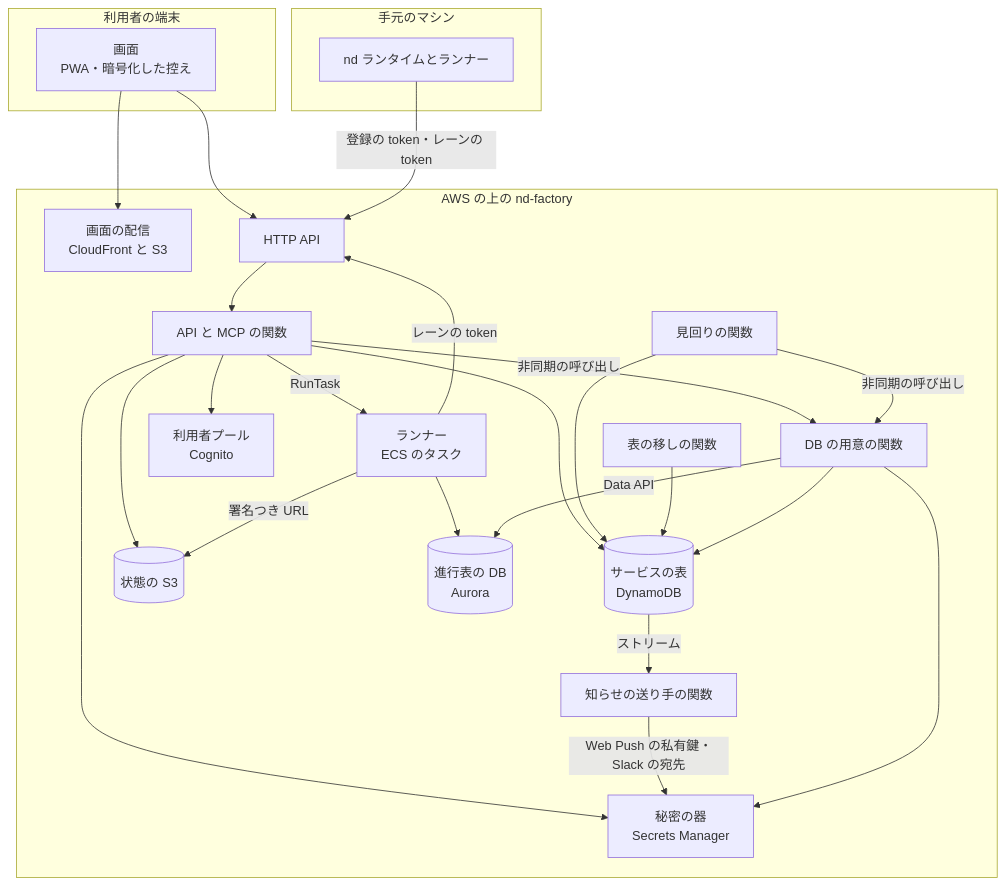
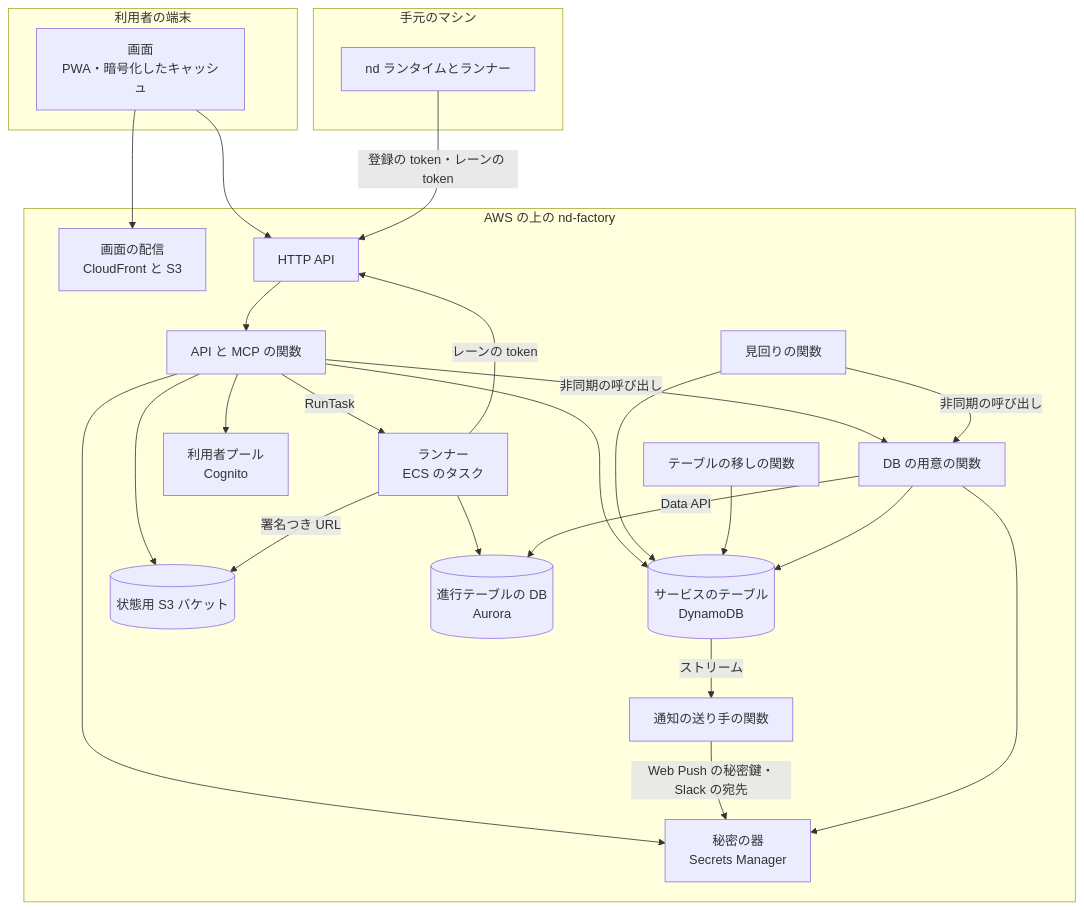
Before and after one commit to devbasex/nd-factory: the second of 3 diagrams in docs/design/platform.md, drawn with Mermaid. The commit also changed other lines of this file and 22 other files, not shown here.

````diff
--- a/docs/design/platform.md
+++ b/docs/design/platform.md
@@ -85,45 +85,45 @@
 ```mermaid
 graph TD
     subgraph DEV[利用者の端末]
-        WEB["画面<br/>PWA・暗号化した控え"]
+        WEB["画面<br/>PWA・暗号化したキャッシュ"]
     end
     subgraph AWS["AWS の上の nd-factory"]
         CDN["画面の配信<br/>CloudFront と S3"]
         HAPI[HTTP API]
         API[API と MCP の関数]
         PAT[見回りの関数]
-        NTF[知らせの送り手の関数]
-        MIG[表の移しの関数]
+        NTF[通知の送り手の関数]
+        MIG[テーブルの移しの関数]
         PREP[DB の用意の関数]
         IDP["利用者プール<br/>Cognito"]
-        DDB[("サービスの表<br/>DynamoDB")]
-        ST[(状態の S3)]
+        DDB[("サービスのテーブル<br/>DynamoDB")]
+        ST[(状態用 S3 バケット)]
         SM["秘密の器<br/>Secrets Manager"]
         RUN["ランナー<br/>ECS のタスク"]
-        PG[("進行表の DB<br/>Aurora")]
+        PG[("進行テーブルの DB<br/>Aurora")]
     end
     subgraph LOCAL[手元のマシン]
         NDR[nd ランタイムとランナー]
     end
     WEB --> CDN
     WEB --> HAPI
     HAPI --> API
     API --> IDP
     API --> DDB
     API --> ST
     API --> SM
     API -->|RunTask| RUN
     API -->|非同期の呼び出し| PREP
     PAT --> DDB
     PAT -->|非同期の呼び出し| PREP
     DDB -->|ストリーム| NTF
-    NTF -->|Web Push の私有鍵・Slack の宛先| SM
+    NTF -->|Web Push の秘密鍵・Slack の宛先| SM
     MIG --> DDB
     RUN -->|レーンの token| HAPI
     RUN --> PG
     RUN -->|署名つき URL| ST
     PREP -->|Data API| PG
     PREP --> SM
     PREP --> DDB
     NDR -->|登録の token・レーンの token| HAPI
 ```
````
